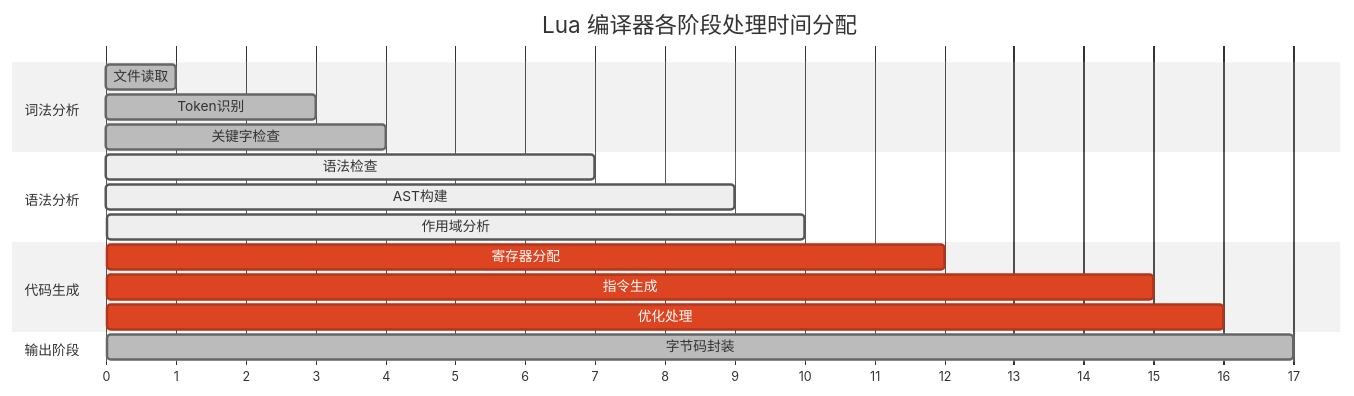
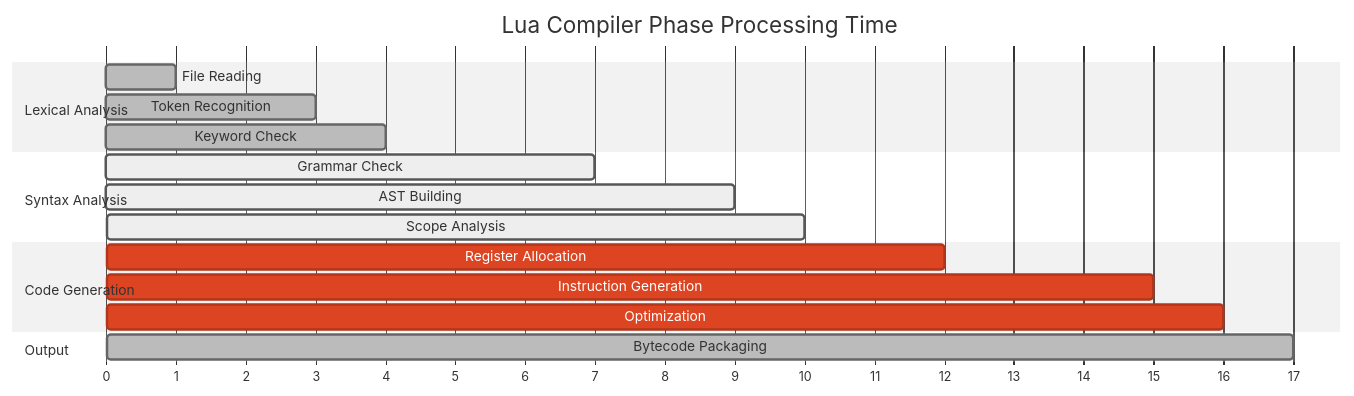
The fourth of 13 diagrams in docs/wiki_bytecode.md (YanqingXu/lua_c_analysis), drawn with Mermaid (neutral theme) before and after one commit. The commit also changed other lines of this file, not shown here.

````diff
--- a/docs/wiki_bytecode.md
+++ b/docs/wiki_bytecode.md
@@ -163,24 +163,24 @@
 ```mermaid
 gantt
-    title Lua 编译器各阶段处理时间分配
+    title Lua Compiler Phase Processing Time
     dateFormat X
     axisFormat %s
     
-    section 词法分析
-    文件读取 :done, lexread, 0, 1
-    Token识别 :done, lextoken, 1, 3
-    关键字检查 :done, lexkey, 3, 4
+    section Lexical Analysis
+    File Reading :done, lexread, 0, 1
+    Token Recognition :done, lextoken, 1, 3
+    Keyword Check :done, lexkey, 3, 4
     
-    section 语法分析
-    语法检查 :active, parsecheck, 4, 7
-    AST构建 :active, parseast, 7, 9
-    作用域分析 :active, parsescope, 9, 10
+    section Syntax Analysis
+    Grammar Check :active, parsecheck, 4, 7
+    AST Building :active, parseast, 7, 9
+    Scope Analysis :active, parsescope, 9, 10
     
-    section 代码生成
-    寄存器分配 :crit, codealloc, 10, 12
-    指令生成 :crit, codegen, 12, 15
-    优化处理 :crit, codeopt, 15, 16
+    section Code Generation
+    Register Allocation :crit, codealloc, 10, 12
+    Instruction Generation :crit, codegen, 12, 15
+    Optimization :crit, codeopt, 15, 16
     
-    section 输出阶段
-    字节码封装 :done, output, 16, 17
+    section Output
+    Bytecode Packaging :done, output, 16, 17
 ```
````
